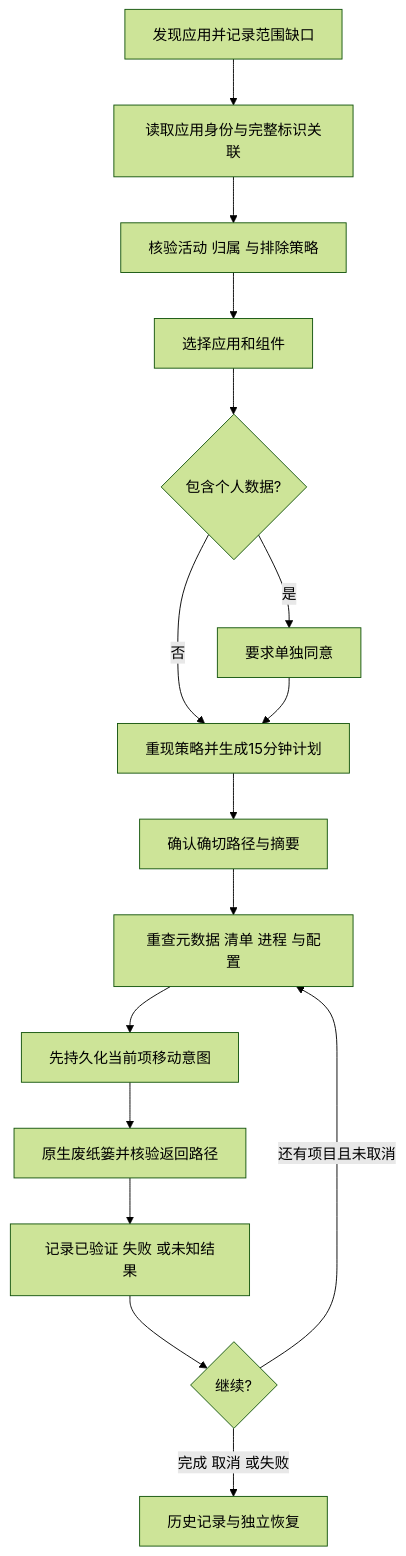
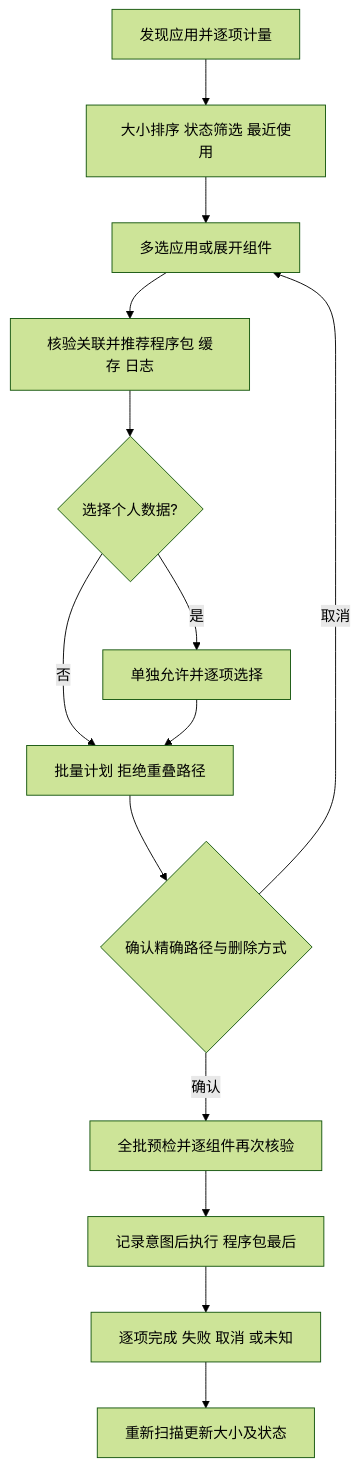
The second of 3 diagrams in docs/zh-CN/product/application-uninstall.md (limecloud/shou), drawn with Mermaid (forest theme) before and after one commit. The commit also changed other lines of this file and 117 other files, not shown here.

````diff
--- a/docs/zh-CN/product/application-uninstall.md
+++ b/docs/zh-CN/product/application-uninstall.md
@@ -69,18 +64,16 @@
 ```mermaid
 flowchart TD
-    Discover[发现应用并记录范围缺口] --> Review[读取应用身份与完整标识关联]
-    Review --> Policy[核验活动 归属 与排除策略]
-    Policy --> Choose[选择应用和组件]
-    Choose --> Consent{包含个人数据?}
-    Consent -->|是| Explicit[要求单独同意]
-    Consent -->|否| Preview[重现策略并生成15分钟计划]
-    Explicit --> Preview
-    Preview --> Confirm[确认确切路径与摘要]
-    Confirm --> Recheck[重查元数据 清单 进程 与配置]
-    Recheck --> Intent[先持久化当前项移动意图]
-    Intent --> Trash[原生废纸篓并核验返回路径]
-    Trash --> Record[记录已验证 失败 或未知结果]
-    Record --> Next{继续?}
-    Next -->|还有项目且未取消| Recheck
-    Next -->|完成 取消 或失败| History[历史记录与独立恢复]
+  Scan[发现应用并逐项计量] --> List[大小排序 状态筛选 最近使用]
+  List --> Select[多选应用或展开组件]
+  Select --> Review[核验关联并推荐程序包 缓存 日志]
+  Review --> Data{选择个人数据?}
+  Data -->|是| Consent[单独允许并逐项选择]
+  Data -->|否| Plan[批量计划 拒绝重叠路径]
+  Consent --> Plan
+  Plan --> Confirm{确认精确路径与删除方式}
+  Confirm -->|取消| Select
+  Confirm -->|确认| Recheck[全批预检并逐组件再次核验]
+  Recheck --> Run[记录意图后执行 程序包最后]
+  Run --> Result[逐项完成 失败 取消 或未知]
+  Result --> Refresh[重新扫描更新大小及状态]
 ```
````
